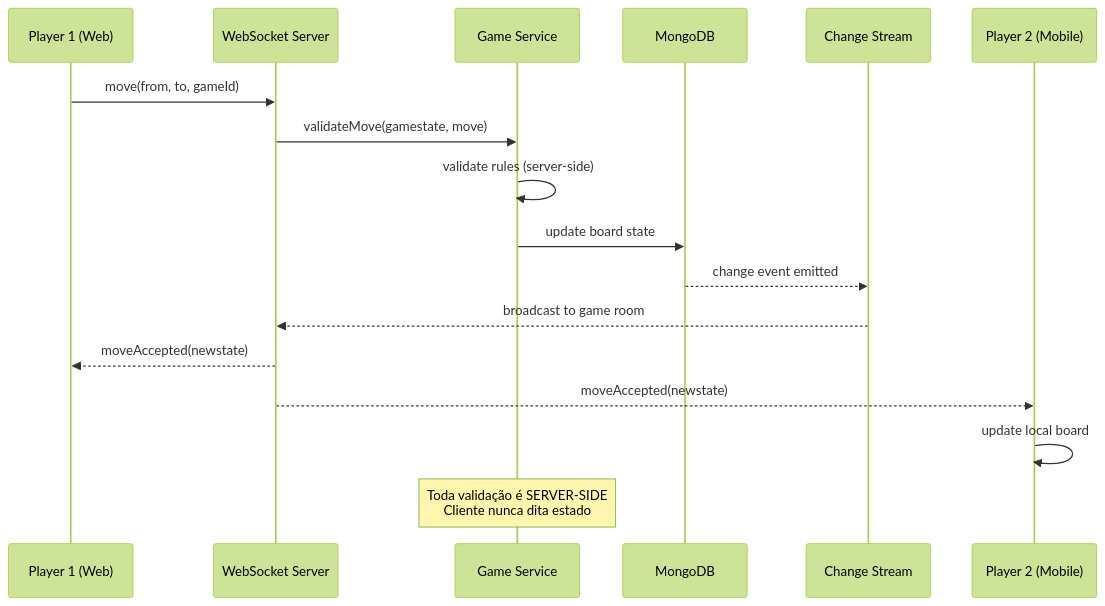
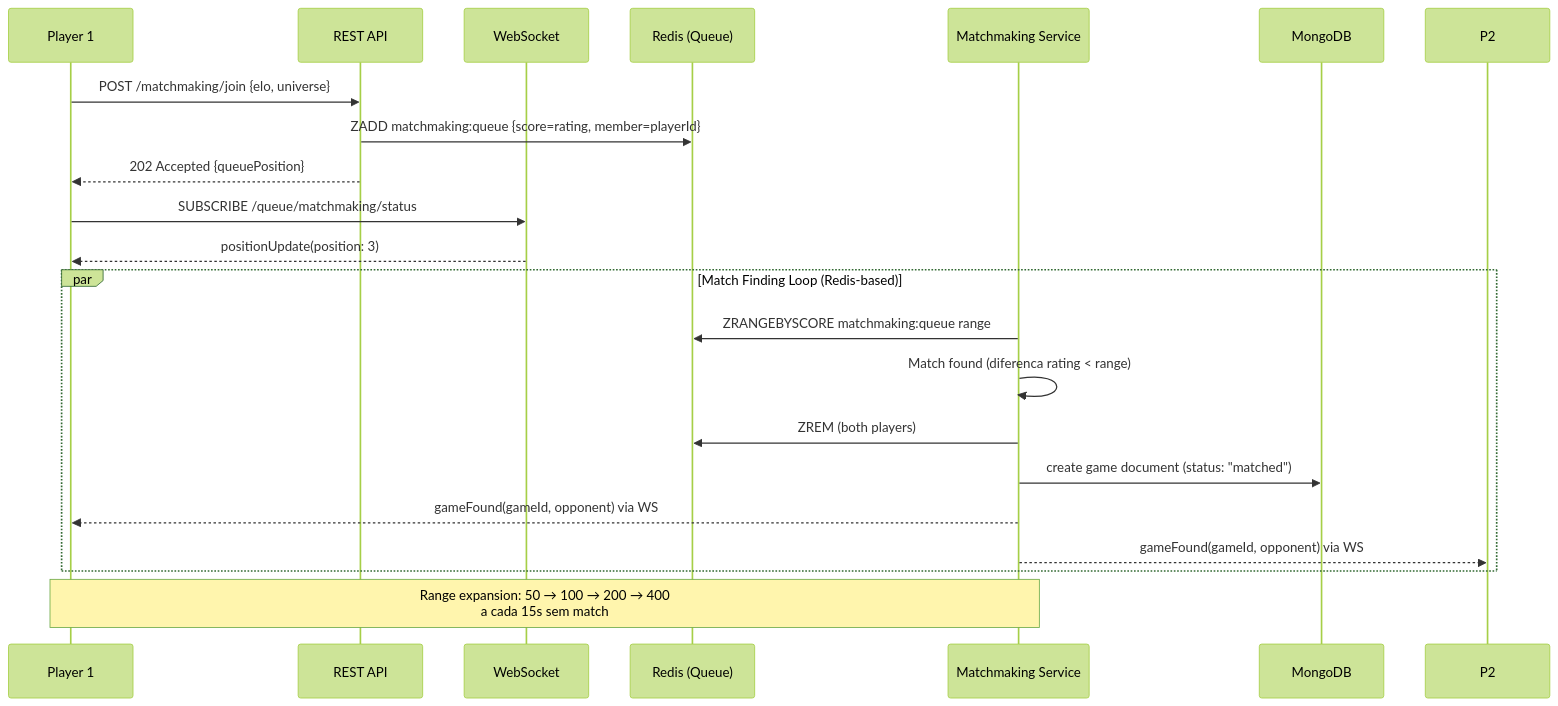
The third of 4 diagrams in Mockups/Projects/OmniChess/ARCHITECTURE.MD (victorsplat/Studies), drawn with Mermaid (forest theme) before and after one commit. The commit also changed other lines of this file and 2 other files, not shown here.

````diff
--- a/Mockups/Projects/OmniChess/ARCHITECTURE.MD
+++ b/Mockups/Projects/OmniChess/ARCHITECTURE.MD
@@ -90,21 +190,27 @@
 ```mermaid
 sequenceDiagram
-    participant P1 as Player 1 (Web)
-    participant WS as WebSocket Server
-    participant GS as Game Service
+    participant P1 as Player 1
+    participant API as REST API
+    participant WS as WebSocket
+    participant REDIS as Redis (Queue)
+    participant MM as Matchmaking Service
     participant MDB as MongoDB
-    participant CH as Change Stream
-    participant P2 as Player 2 (Mobile)
 
-    P1->>WS: move(from, to, gameId)
-    WS->>GS: validateMove(gamestate, move)
-    GS->>GS: validate rules (server-side)
-    GS->>MDB: update board state
-    MDB-->>CH: change event emitted
-    CH-->>WS: broadcast to game room
-    WS-->>P1: moveAccepted(newstate)
-    WS-->>P2: moveAccepted(newstate)
-    P2->>P2: update local board
+    P1->>API: POST /matchmaking/join {elo, universe}
+    API->>REDIS: ZADD matchmaking:queue {score=rating, member=playerId}
+    API-->>P1: 202 Accepted {queuePosition}
 
-    Note over GS: Toda validação é SERVER-SIDE<br>Cliente nunca dita estado
+    P1->>WS: SUBSCRIBE /queue/matchmaking/status
+    WS-->>P1: positionUpdate(position: 3)
+
+    par Match Finding Loop (Redis-based)
+        MM->>REDIS: ZRANGEBYSCORE matchmaking:queue range
+        MM->>MM: Match found (diferenca rating < range)
+        MM->>REDIS: ZREM (both players)
+        MM->>MDB: create game document (status: "matched")
+        MM-->>P1: gameFound(gameId, opponent) via WS
+        MM-->>P2: gameFound(gameId, opponent) via WS
+    end
+
+    Note over P1,MM: Range expansion: 50 → 100 → 200 → 400<br>a cada 15s sem match
 ```
````
